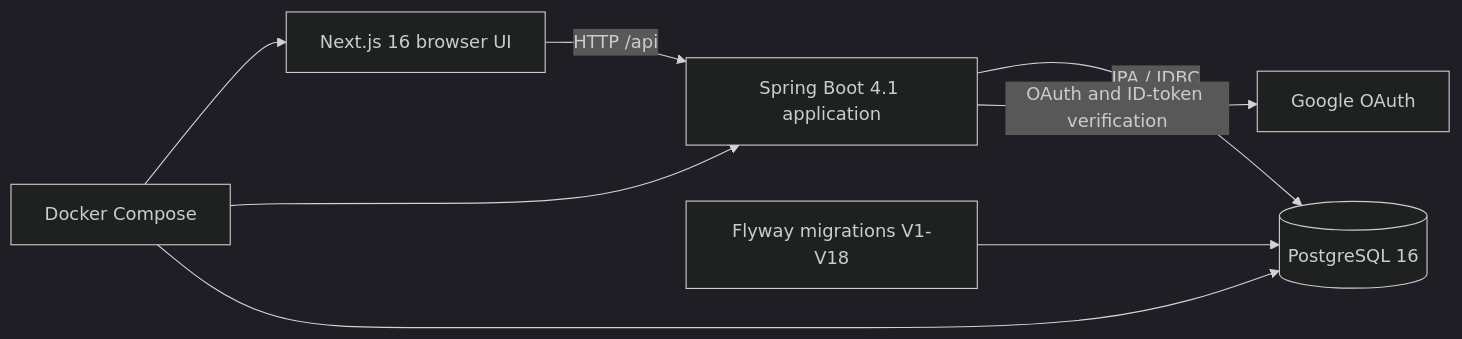
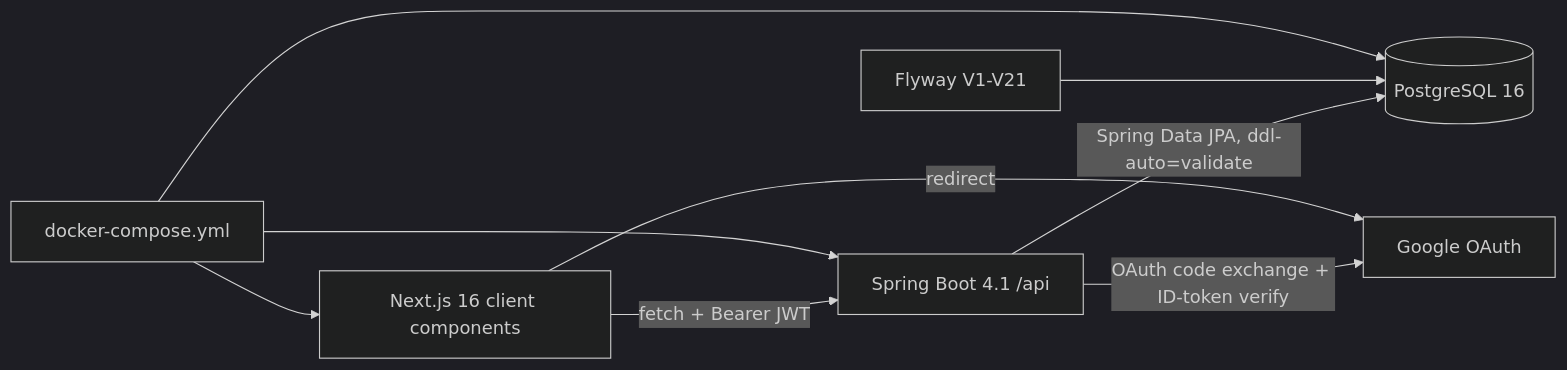
One commit to NGUYENTHANHDATHH/NEU-Debate-Club changed the diagram in docs/architecture.md. Above: the diagram before and after it, drawn with Mermaid (dark theme). The commit also changed other lines of this file and 18 other files, not shown here.

````diff
--- a/docs/architecture.md
+++ b/docs/architecture.md
@@ -13,10 +14,9 @@
 ```mermaid
 flowchart LR
-  Browser[Next.js 16 browser UI] -->|HTTP /api| API[Spring Boot 4.1 application]
-  API -->|JPA / JDBC| DB[(PostgreSQL 16)]
-  API -->|OAuth and ID-token verification| Google[Google OAuth]
-  Compose[Docker Compose] --> Browser
-  Compose --> API
-  Compose --> DB
-  Flyway[Flyway migrations V1-V18] --> DB
+  Browser[Next.js 16 client components] -->|fetch + Bearer JWT| API[Spring Boot 4.1 /api]
+  API -->|Spring Data JPA, ddl-auto=validate| DB[(PostgreSQL 16)]
+  Flyway[Flyway V1-V21] --> DB
+  API -->|OAuth code exchange + ID-token verify| Google[Google OAuth]
+  Browser -->|redirect| Google
+  Compose[docker-compose.yml] --> Browser & API & DB
 ```
````
